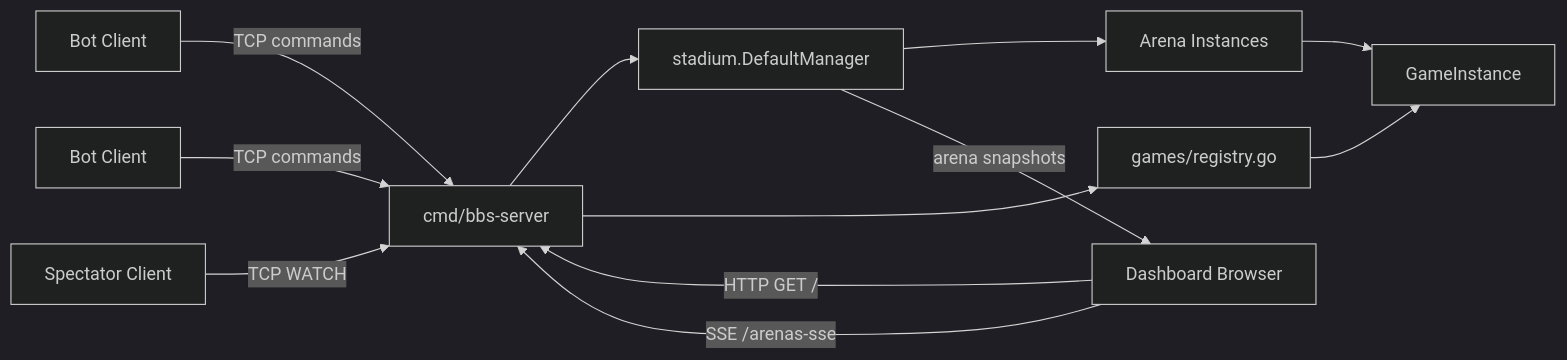
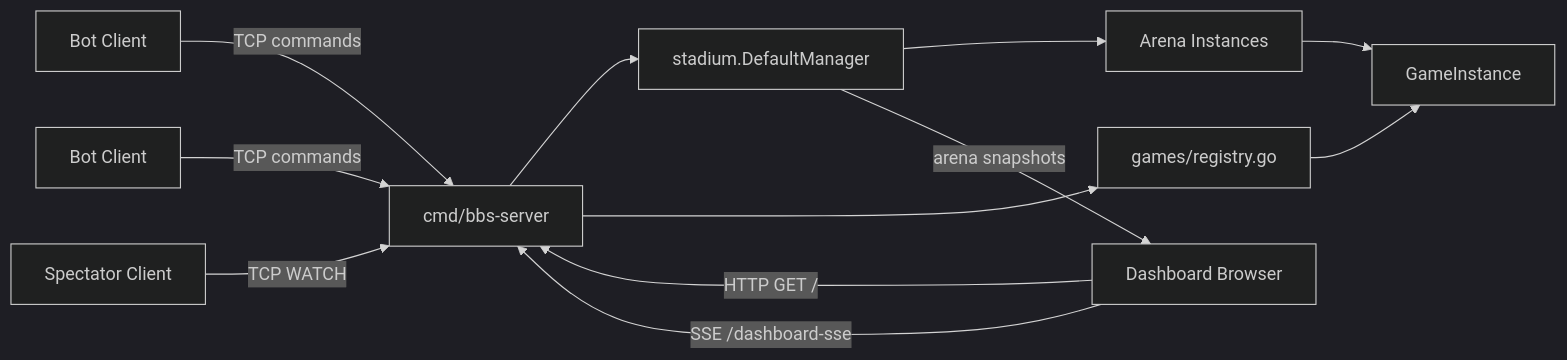
One commit to JonKirkpatrick/bbs changed the first of 5 diagrams in ARCHITECTURE.md. Above: the diagram before and after it, drawn with Mermaid (dark theme). The commit also changed other lines of this file and 7 other files, not shown here.

````diff
--- a/ARCHITECTURE.md
+++ b/ARCHITECTURE.md
@@ -14,24 +14,24 @@
 ```mermaid
 flowchart LR
     Bot1[Bot Client]
     Bot2[Bot Client]
     Spectator[Spectator Client]
     Browser[Dashboard Browser]
     Server[cmd/bbs-server]
     Manager[stadium.DefaultManager]
     Arena[Arena Instances]
     Registry[games/registry.go]
     Game[GameInstance]
 
     Bot1 -->|TCP commands| Server
     Bot2 -->|TCP commands| Server
     Spectator -->|TCP WATCH| Server
     Browser -->|HTTP GET /| Server
-    Browser -->|SSE /arenas-sse| Server
+    Browser -->|SSE /dashboard-sse| Server
     Server --> Manager
     Manager --> Arena
     Arena --> Game
     Server --> Registry
     Registry --> Game
     Manager -->|arena snapshots| Browser
 ```
````
